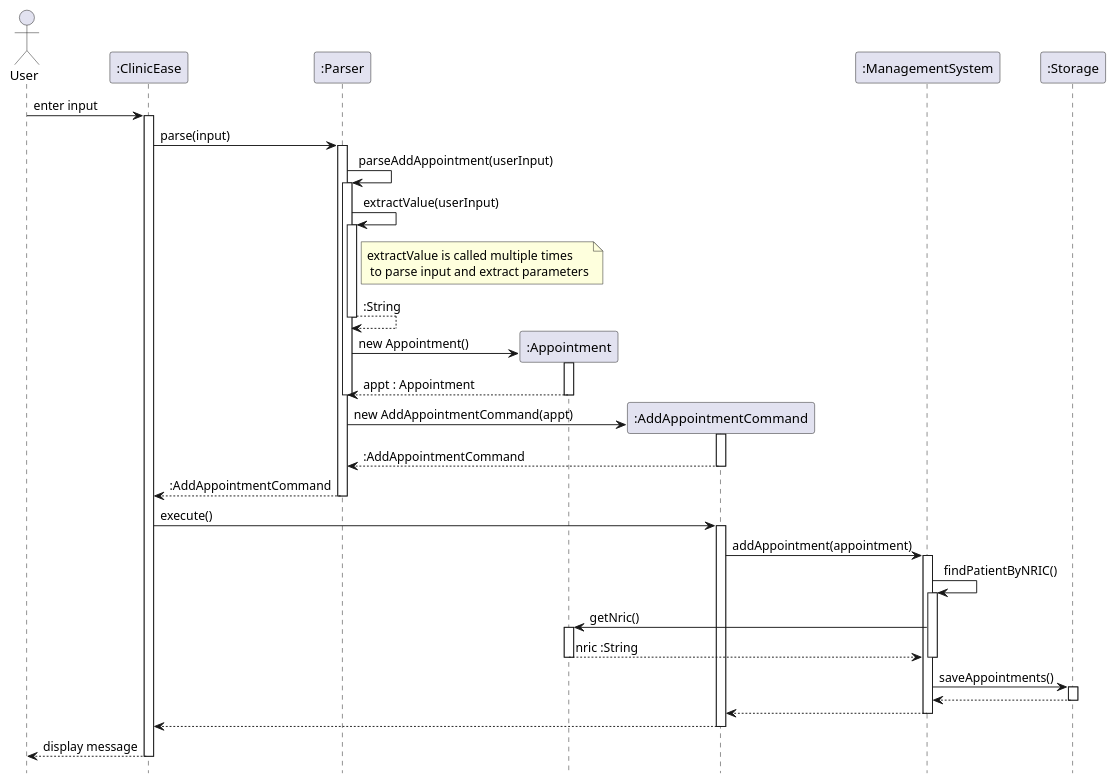
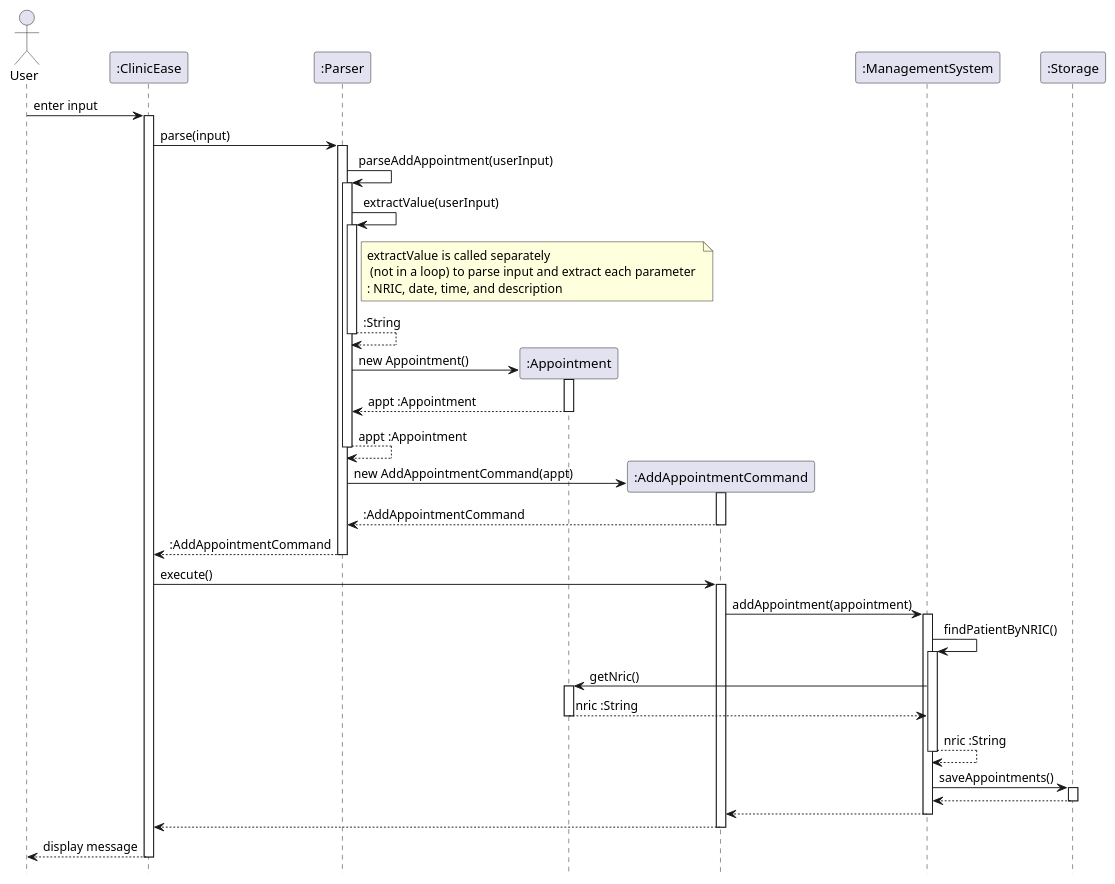
One commit to chwenyee/tp changed the diagram in docs/diagrams/addAppointmentSequence.puml. Above: the diagram before and after it, drawn with PlantUML. The commit also changed 5 other files, not shown here.

```diff
--- a/docs/diagrams/addAppointmentSequence.puml
+++ b/docs/diagrams/addAppointmentSequence.puml
@@ -1,64 +1,71 @@
 @startuml
 hide footbox
 
 actor User
 
 participant ":ClinicEase" as ClinicEase
 participant ":Parser" as Parser
 participant ":Appointment" as Appointment
 participant ":AddAppointmentCommand" as AddAppointmentCommand
 participant ":ManagementSystem" as ManagementSystem
 participant ":Storage" as Storage
 
 User -> ClinicEase : enter input
 activate ClinicEase
 ClinicEase -> Parser : parse(input)
 activate Parser
 
 Parser -> Parser : parseAddAppointment(userInput)
 activate Parser
+
 Parser -> Parser : extractValue(userInput)
 activate Parser
-note right of Parser: extractValue is called multiple times\n to parse input and extract parameters
+note right of Parser:  extractValue is called separately \n (not in a loop) to parse input and extract each parameter \n: NRIC, date, time, and description
 Parser --> Parser : :String
 deactivate Parser
 
 create Appointment
 Parser -> Appointment : new Appointment()
 activate Appointment
-Appointment --> Parser : appt : Appointment
+Appointment --> Parser : appt :Appointment
 deactivate Appointment
+
+Parser --> Parser : appt :Appointment
 deactivate Parser
+
+
 
 create AddAppointmentCommand
 Parser -> AddAppointmentCommand : new AddAppointmentCommand(appt)
 activate AddAppointmentCommand
 AddAppointmentCommand --> Parser : :AddAppointmentCommand
 deactivate AddAppointmentCommand
 Parser --> ClinicEase : :AddAppointmentCommand
 deactivate Parser
 
 ClinicEase -> AddAppointmentCommand : execute()
 activate AddAppointmentCommand
 AddAppointmentCommand -> ManagementSystem : addAppointment(appointment)
 activate ManagementSystem
+
 ManagementSystem -> ManagementSystem : findPatientByNRIC()
 activate ManagementSystem
 ManagementSystem -> Appointment : getNric()
 activate Appointment
 Appointment --> ManagementSystem : nric :String
 deactivate Appointment
+ManagementSystem --> ManagementSystem : nric :String
 deactivate ManagementSystem
 
 ManagementSystem -> Storage : saveAppointments()
 activate Storage
 Storage --> ManagementSystem :
 deactivate Storage
 ManagementSystem --> AddAppointmentCommand :
 deactivate ManagementSystem
 AddAppointmentCommand --> ClinicEase :
 deactivate AddAppointmentCommand
 ClinicEase --> User : display message
 deactivate ClinicEase
 
 @enduml
```
